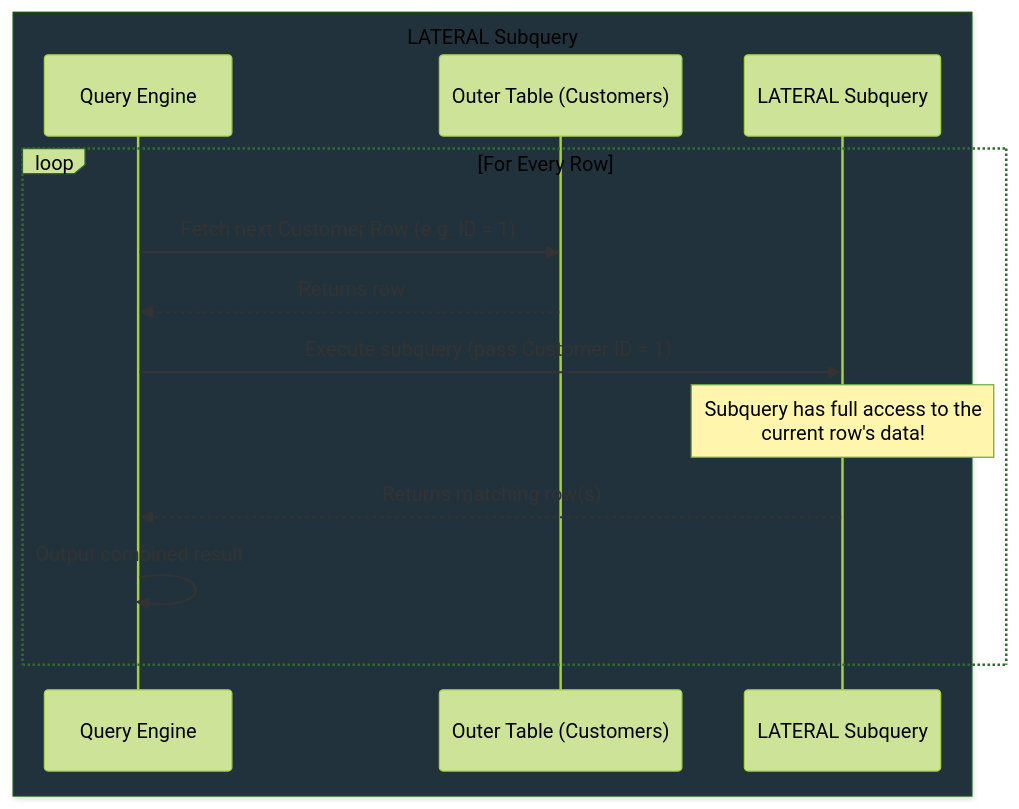
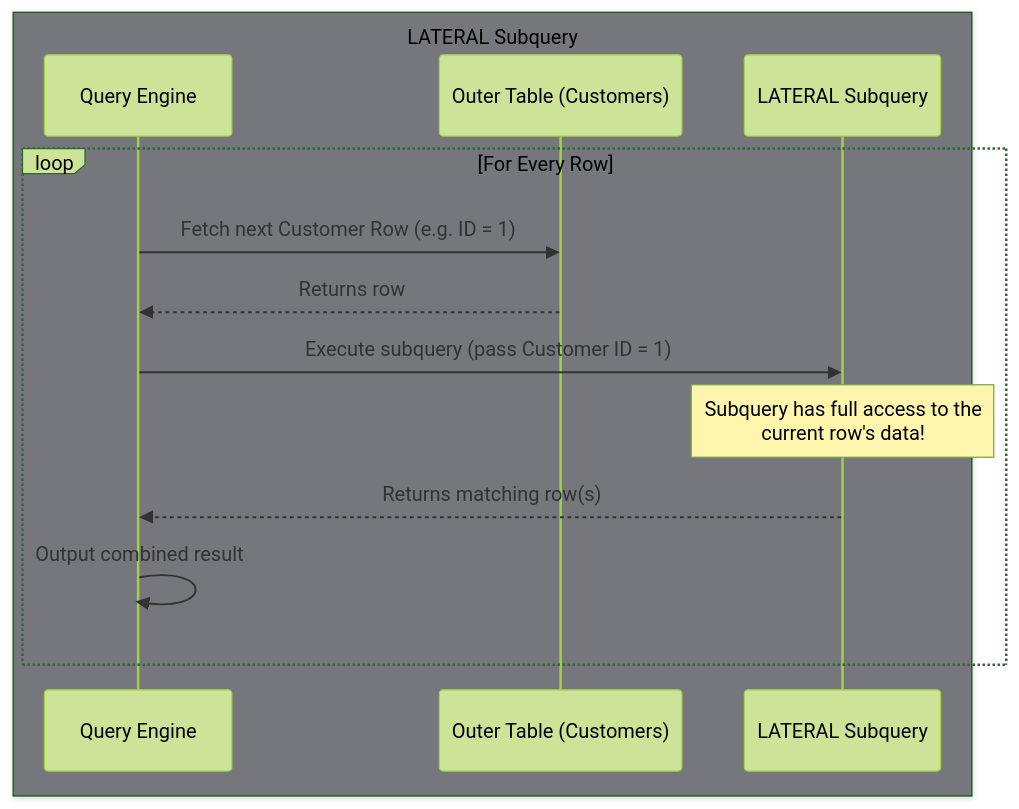
One commit to Banibrata-Manna/DBMS-SQL changed the second of 2 diagrams in LateralSubqueries.md. Above: the diagram before and after it, drawn with Mermaid (forest theme).

Commit message:
Changed: Changed backgroup color of lateral query execution sequence diagrams

````diff
--- a/LateralSubqueries.md
+++ b/LateralSubqueries.md
@@ -30,17 +30,17 @@
 ```mermaid
 sequenceDiagram
-    box rgb(33, 50, 60) LATERAL Subquery
+    box rgba(117, 119, 124, 1) LATERAL Subquery
     participant DB2 as Query Engine
     participant T2 as Outer Table (Customers)
     participant SQ2 as LATERAL Subquery
     end
     
     loop For Every Row
         DB2->>T2: Fetch next Customer Row (e.g. ID = 1)
         T2-->>DB2: Returns row
         DB2->>SQ2: Execute subquery (pass Customer ID = 1)
         Note over SQ2: Subquery has full access to the<br/>current row's data!
         SQ2-->>DB2: Returns matching row(s)
         DB2->>DB2: Output combined result
     end
 ```
````
